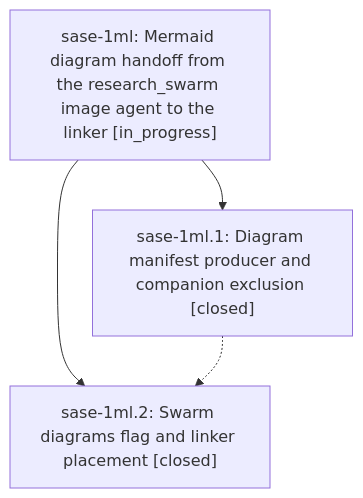
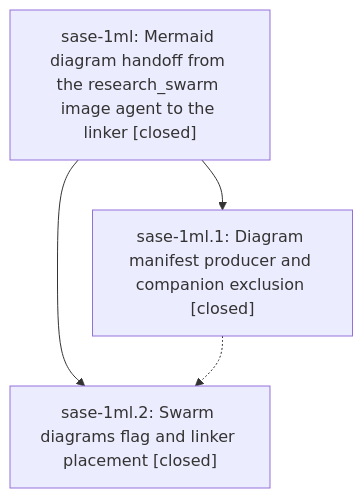
One commit to sase-org/sase--beads changed the diagram in pages/sase-1ml/README.md. Above: the diagram before and after it, drawn with Mermaid. The commit also changed other lines of this file and 1 other file, not shown here.

First line of the commit message:
chore(beads): sync bead state and pages for sase-1ml

````diff
--- a/pages/sase-1ml/README.md
+++ b/pages/sase-1ml/README.md
@@ -37,9 +49,9 @@
 ```mermaid
 flowchart TD
-    n0["sase-1ml: Mermaid diagram handoff from the research_swarm image agent to the linker [in_progress]"]
+    n0["sase-1ml: Mermaid diagram handoff from the research_swarm image agent to the linker [closed]"]
     n1["sase-1ml.1: Diagram manifest producer and companion exclusion [closed]"]
     n2["sase-1ml.2: Swarm diagrams flag and linker placement [closed]"]
     n0 --> n1
     n0 --> n2
     n1 -.-> n2
 ```
````
